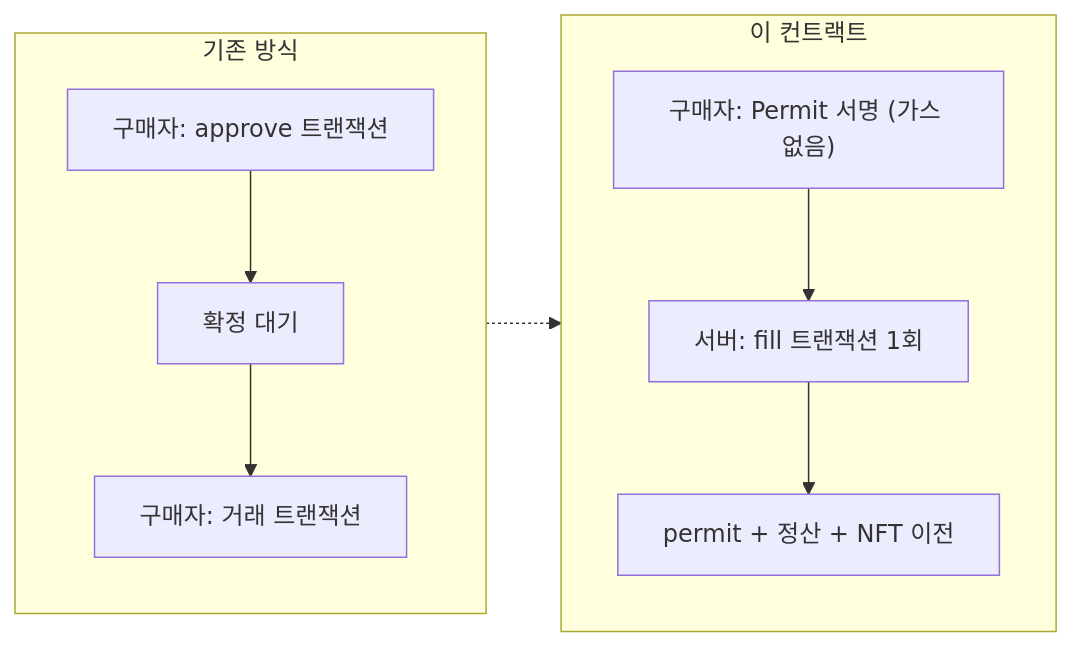
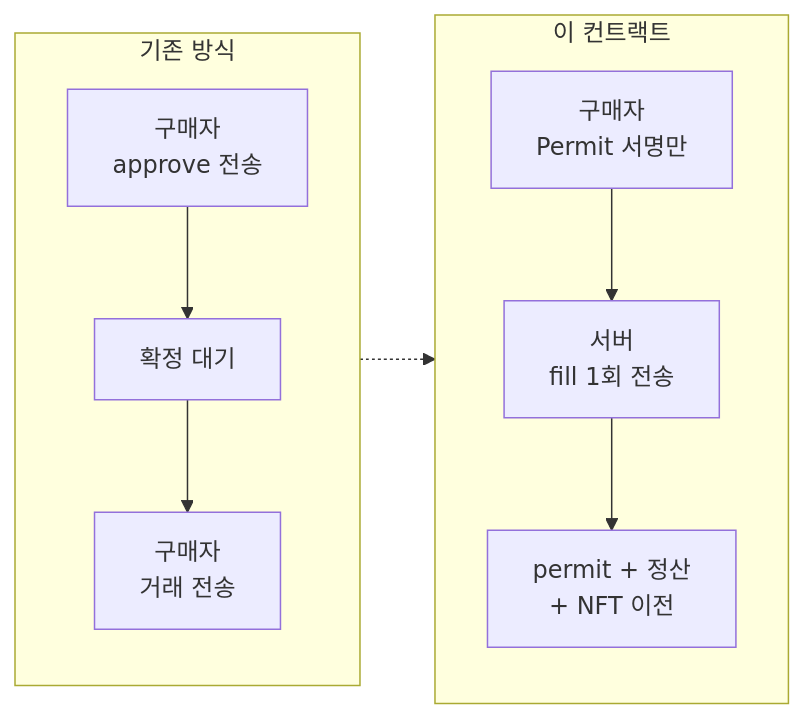
The first of 3 diagrams in README.md (FDongFDong/nft-exchange-contract), drawn with Mermaid before and after one commit. The commit also changed other lines of this file, not shown here.

First line of the commit message:
README: 다이어그램 줄바꿈 정리, 알려진 한계 재현 결과 반영

````diff
--- a/README.md
+++ b/README.md
@@ -23,14 +23,14 @@
 ```mermaid
 flowchart LR
     subgraph Before["기존 방식"]
         direction TB
-        B1["구매자: approve 트랜잭션"] --> B2["확정 대기"]
-        B2 --> B3["구매자: 거래 트랜잭션"]
+        B1["구매자<br/>approve 전송"] --> B2["확정 대기"]
+        B2 --> B3["구매자<br/>거래 전송"]
     end
     subgraph After["이 컨트랙트"]
         direction TB
-        A1["구매자: Permit 서명 (가스 없음)"] --> A2["서버: fill 트랜잭션 1회"]
-        A2 --> A3["permit + 정산 + NFT 이전"]
+        A1["구매자<br/>Permit 서명만"] --> A2["서버<br/>fill 1회 전송"]
+        A2 --> A3["permit + 정산<br/>+ NFT 이전"]
     end
     Before -.-> After
 ```
````
